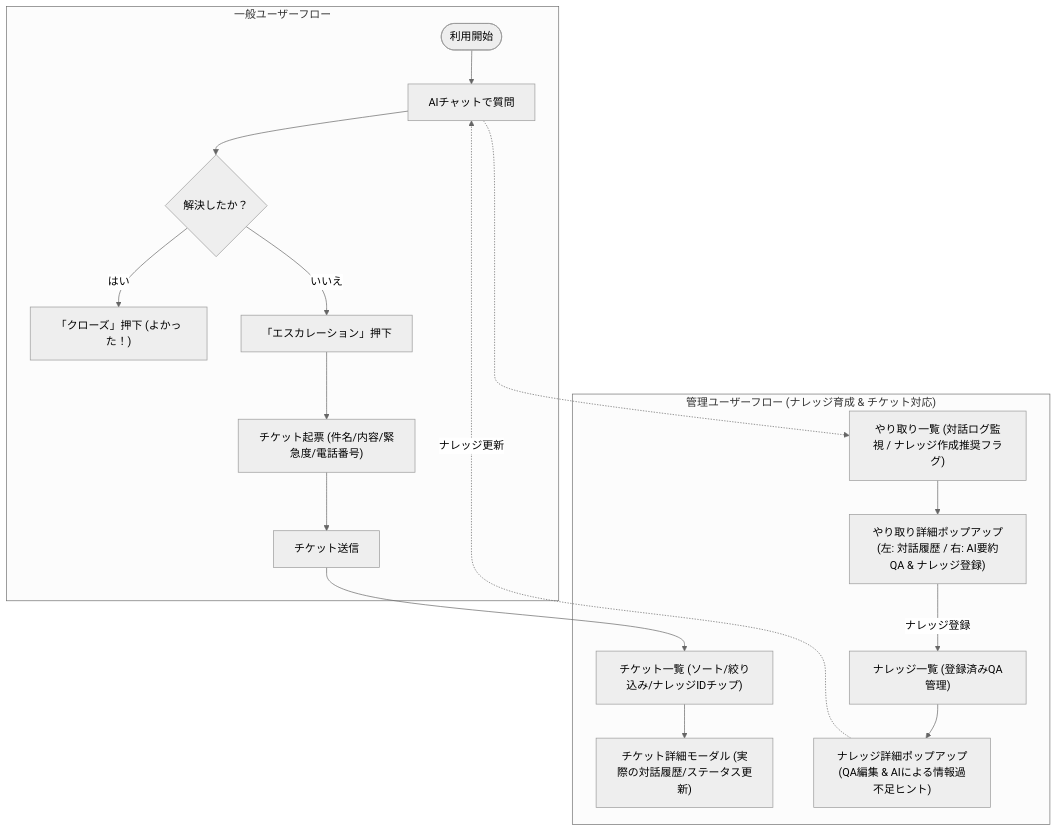
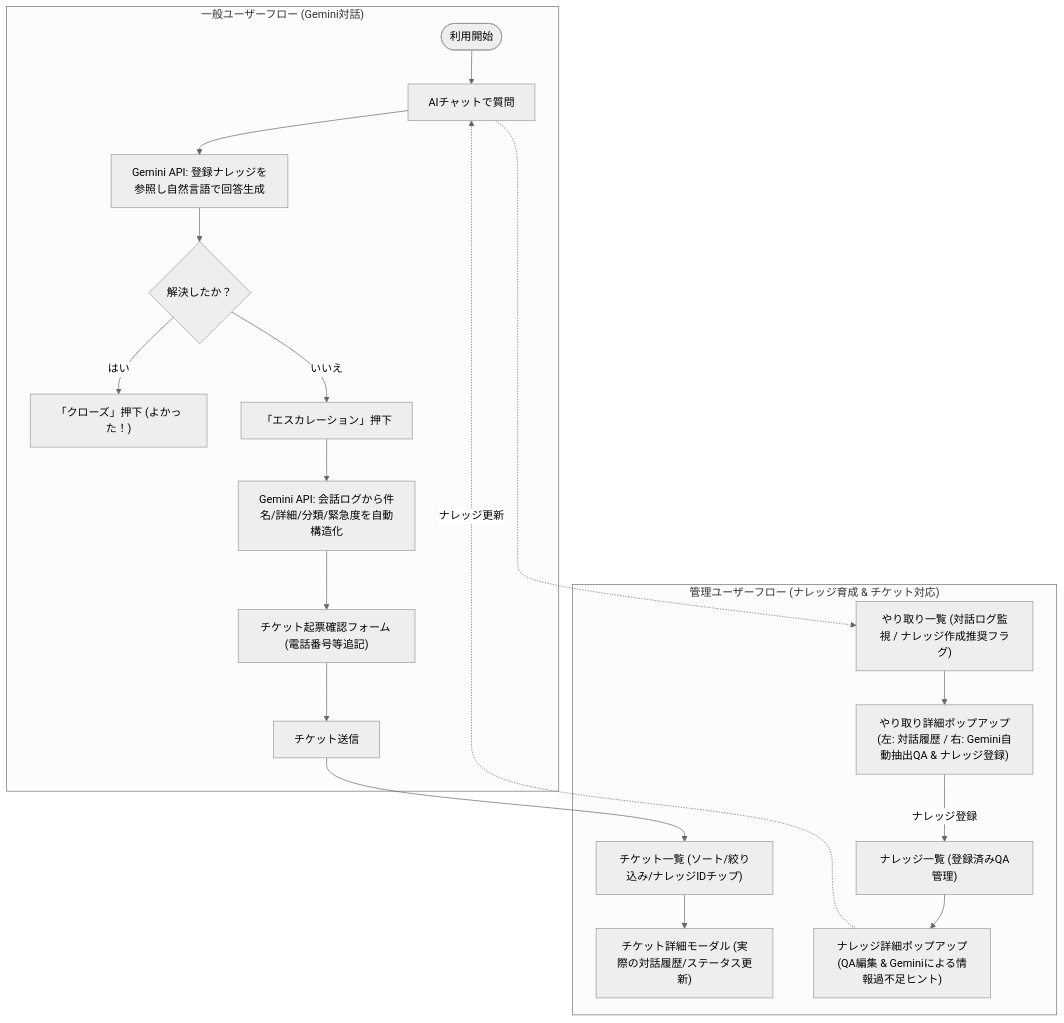
Before and after one commit to a-tsuboi-cyber/poc-prism-inquiry: the diagram in docs/requirements_definition.md, drawn with Mermaid (neutral theme). The commit also changed other lines of this file and 10 other files, not shown here.

First line of the commit message:
feat: Google Gemini API (gemini-3.8-flash) 連携と自動フォールバック機能の実装 (#2)

````diff
--- a/docs/requirements_definition.md
+++ b/docs/requirements_definition.md
@@ -28,22 +29,24 @@
 ```mermaid
 flowchart TD
-    subgraph UserFlow ["一般ユーザーフロー"]
+    subgraph UserFlow ["一般ユーザーフロー (Gemini対話)"]
         U_Start(["利用開始"]) --> U_Chat["AIチャットで質問"]
-        U_Chat --> U_Judge{"解決したか？"}
+        U_Chat --> LLM_Answer["Gemini API: 登録ナレッジを参照し自然言語で回答生成"]
+        LLM_Answer --> U_Judge{"解決したか？"}
         U_Judge -- "はい" --> U_Close["「クローズ」押下 (よかった！)"]
         U_Judge -- "いいえ" --> U_Esc["「エスカレーション」押下"]
-        U_Esc --> U_TicketForm["チケット起票 (件名/内容/緊急度/電話番号)"]
+        U_Esc --> LLM_Sum["Gemini API: 会話ログから件名/詳細/分類/緊急度を自動構造化"]
+        LLM_Sum --> U_TicketForm["チケット起票確認フォーム (電話番号等追記)"]
         U_TicketForm --> U_Submit["チケット送信"]
     end
 
     subgraph AdminFlow ["管理ユーザーフロー (ナレッジ育成 & チケット対応)"]
         U_Submit --> A_TicketList["チケット一覧 (ソート/絞り込み/ナレッジIDチップ)"]
         A_TicketList --> A_TicketDetail["チケット詳細モーダル (実際の対話履歴/ステータス更新)"]
         
         U_Chat -.-> A_LogList["やり取り一覧 (対話ログ監視 / ナレッジ作成推奨フラグ)"]
-        A_LogList --> A_LogModal["やり取り詳細ポップアップ<br>(左: 対話履歴 / 右: AI要約QA & ナレッジ登録)"]
+        A_LogList --> A_LogModal["やり取り詳細ポップアップ<br>(左: 対話履歴 / 右: Gemini自動抽出QA & ナレッジ登録)"]
         A_LogModal -- "ナレッジ登録" --> A_KList["ナレッジ一覧 (登録済みQA管理)"]
-        A_KList --> A_KDetail["ナレッジ詳細ポップアップ<br>(QA編集 & AIによる情報過不足ヒント)"]
+        A_KList --> A_KDetail["ナレッジ詳細ポップアップ<br>(QA編集 & Geminiによる情報過不足ヒント)"]
         A_KDetail -. "ナレッジ更新" .-> U_Chat
     end
 ```
````
